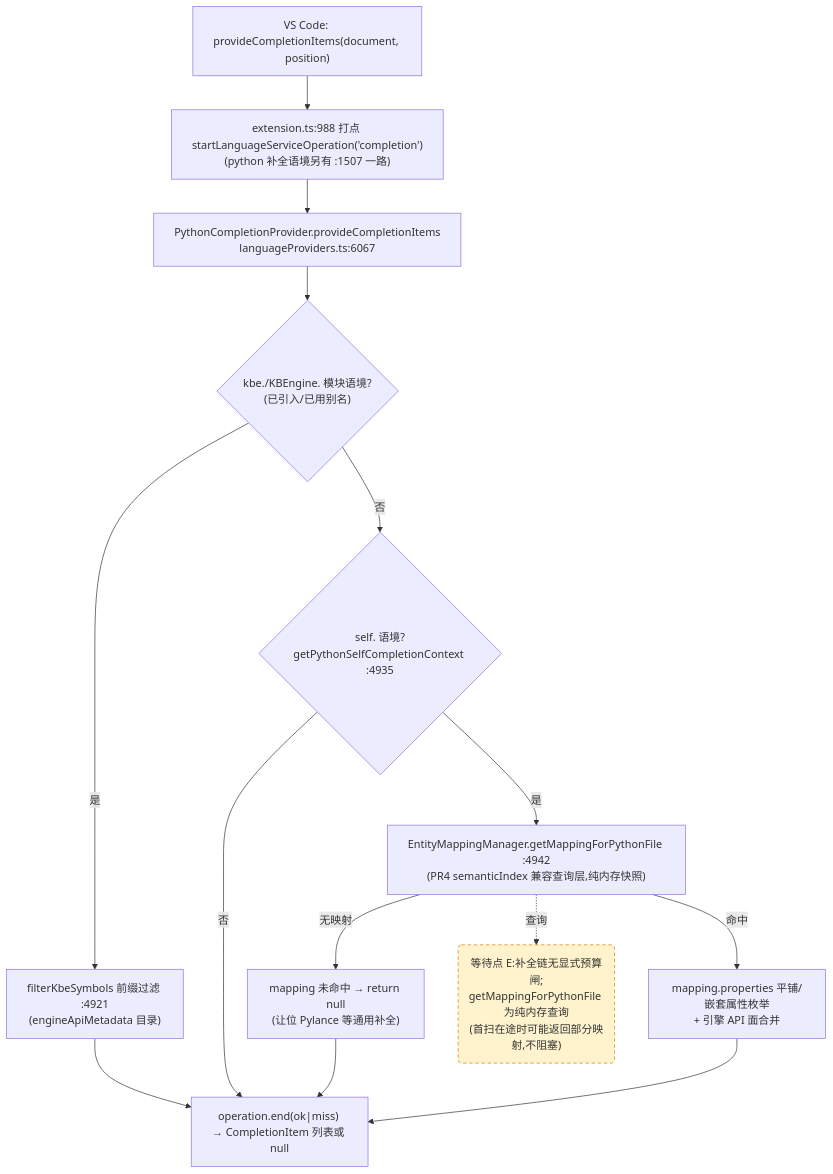
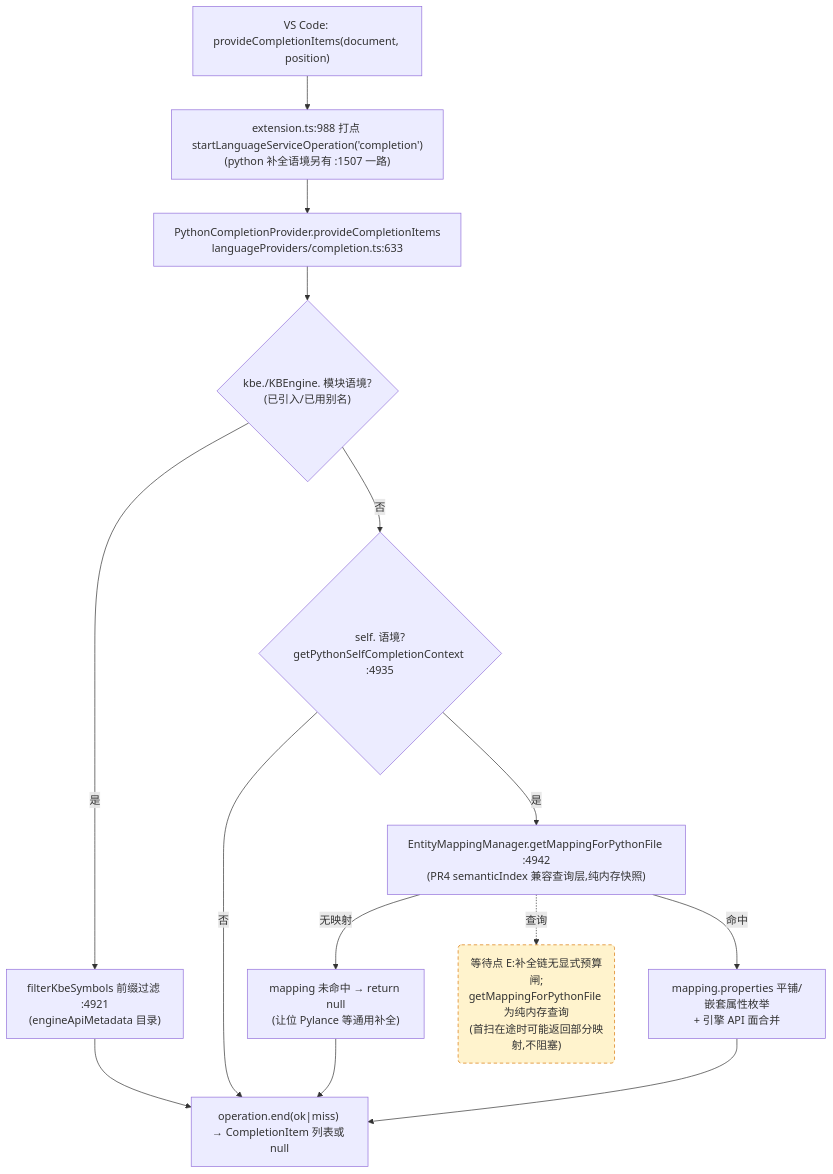
Before and after one commit to cuihairu/kode: the third of 4 diagrams in docs/perf/2026-baseline.md, drawn with Mermaid. The commit also changed other lines of this file and 5 other files, not shown here.

First line of the commit message:
refactor(arch): KODE-ARCH-001 step 3 — extract languageProviders/completion + inlay (pure move)

````diff
--- a/docs/perf/2026-baseline.md
+++ b/docs/perf/2026-baseline.md
@@ -184,27 +184,27 @@
 ```mermaid
 flowchart TD
   VC3["VS Code: provideCompletionItems(document, position)"]
   M3["extension.ts:988 打点 startLanguageServiceOperation('completion')<br/>(python 补全语境另有 :1507 一路)"]
-  CP["PythonCompletionProvider.provideCompletionItems<br/>languageProviders.ts:6067"]
+  CP["PythonCompletionProvider.provideCompletionItems<br/>languageProviders/completion.ts:633"]
   KBEC{"kbe./KBEngine. 模块语境?<br/>(已引入/已用别名)"}
   FILTER["filterKbeSymbols 前缀过滤 :4921<br/>(engineApiMetadata 目录)"]
   SELFC{"self. 语境?<br/>getPythonSelfCompletionContext :4935"}
   MAP["EntityMappingManager.getMappingForPythonFile :4942<br/>(PR4 semanticIndex 兼容查询层,纯内存快照)"]
   NOMAP["mapping 未命中 → return null<br/>(让位 Pylance 等通用补全)"]
   PROPS["mapping.properties 平铺/嵌套属性枚举<br/>+ 引擎 API 面合并"]
   END3["operation.end(ok|miss) → CompletionItem 列表或 null"]
 
   VC3 --> M3 --> CP --> KBEC
   KBEC -- "是" --> FILTER --> END3
   KBEC -- "否" --> SELFC
   SELFC -- "否" --> END3
   SELFC -- "是" --> MAP
   MAP -- "无映射" --> NOMAP --> END3
   MAP -- "命中" --> PROPS --> END3
 
   WAITE("等待点 E:补全链无显式预算闸;<br/>getMappingForPythonFile 为纯内存查询<br/>(首扫在途时可能返回部分映射,不阻塞)")
   MAP -.->|查询| WAITE
 
   classDef waitPoint fill:#fff3cd,stroke:#d97706,stroke-dasharray:5 4;
   class WAITE waitPoint;
 ```
````
